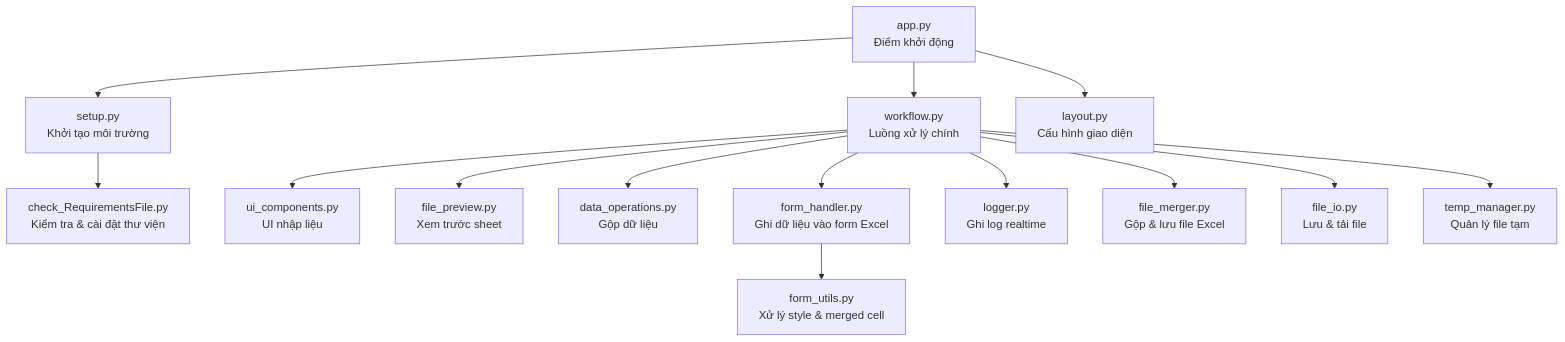
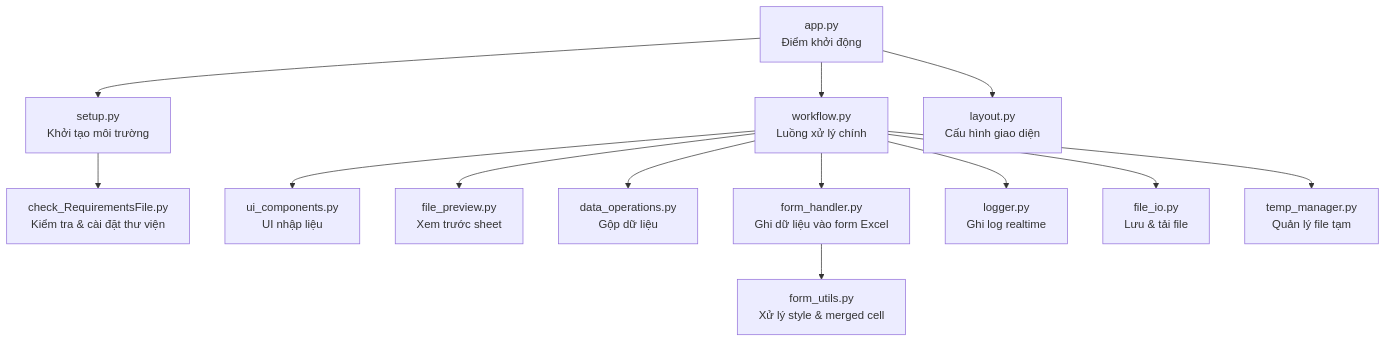
One commit to nguyenchaulong208/Tool-For-Work changed the first of 2 diagrams in README.md. Above: the diagram before and after it, drawn with Mermaid. The commit also changed other lines of this file and 6 other files, not shown here.

````diff
--- a/README.md
+++ b/README.md
@@ -31,21 +31,20 @@
 ```mermaid
 flowchart TD
 
     A[app.py<br>Điểm khởi động] --> B[setup.py<br>Khởi tạo môi trường]
     B --> C[check_RequirementsFile.py<br>Kiểm tra & cài đặt thư viện]
 
     A --> D[workflow.py<br>Luồng xử lý chính]
 
     D --> E[ui_components.py<br>UI nhập liệu]
     D --> F[file_preview.py<br>Xem trước sheet]
     D --> G[data_operations.py<br>Gộp dữ liệu]
     D --> H[form_handler.py<br>Ghi dữ liệu vào form Excel]
     D --> I[logger.py<br>Ghi log realtime]
 
     H --> J[form_utils.py<br>Xử lý style & merged cell]
-    D --> K[file_merger.py<br>Gộp & lưu file Excel]
     D --> L[file_io.py<br>Lưu & tải file]
     D --> M[temp_manager.py<br>Quản lý file tạm]
 
     A --> N[layout.py<br>Cấu hình giao diện]
 ```
````
